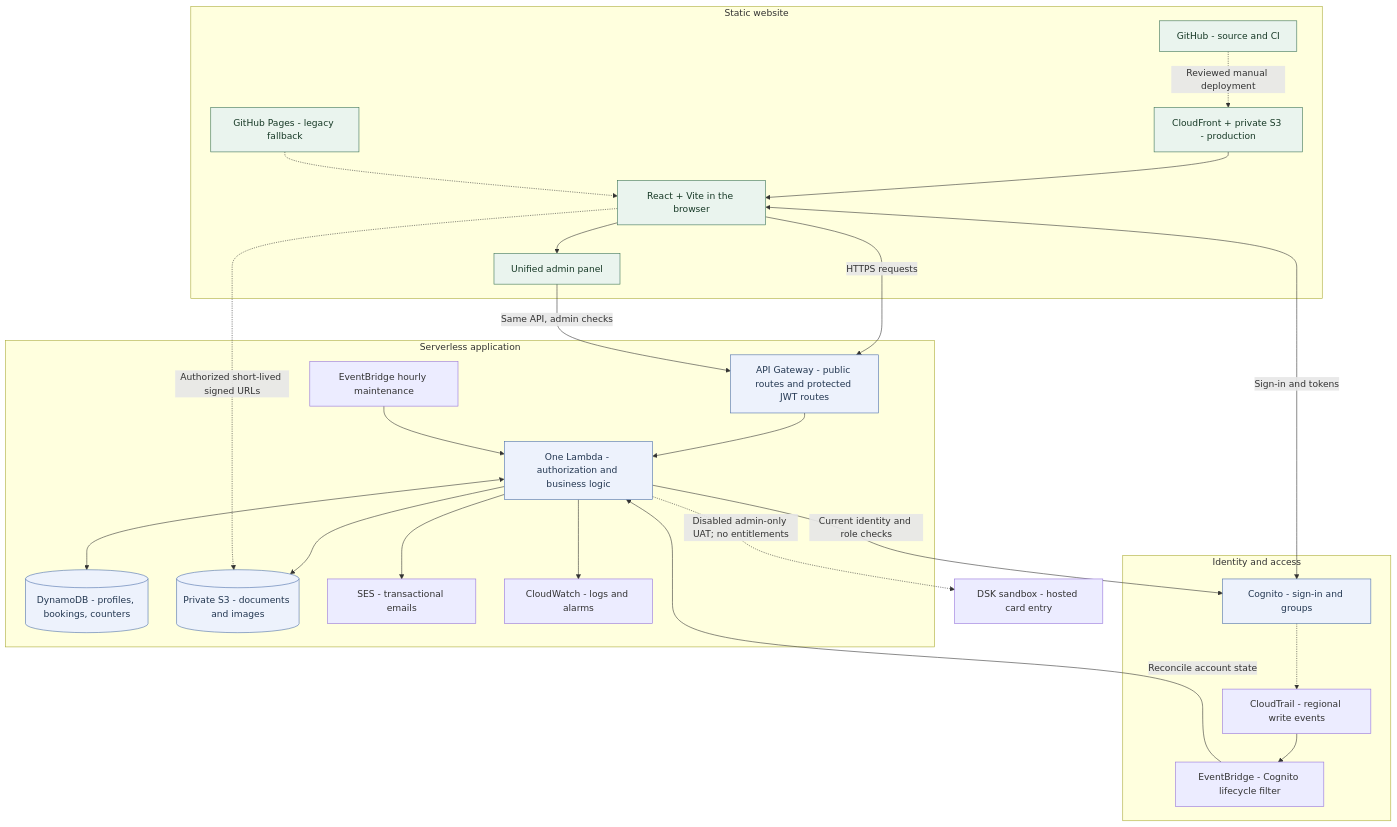
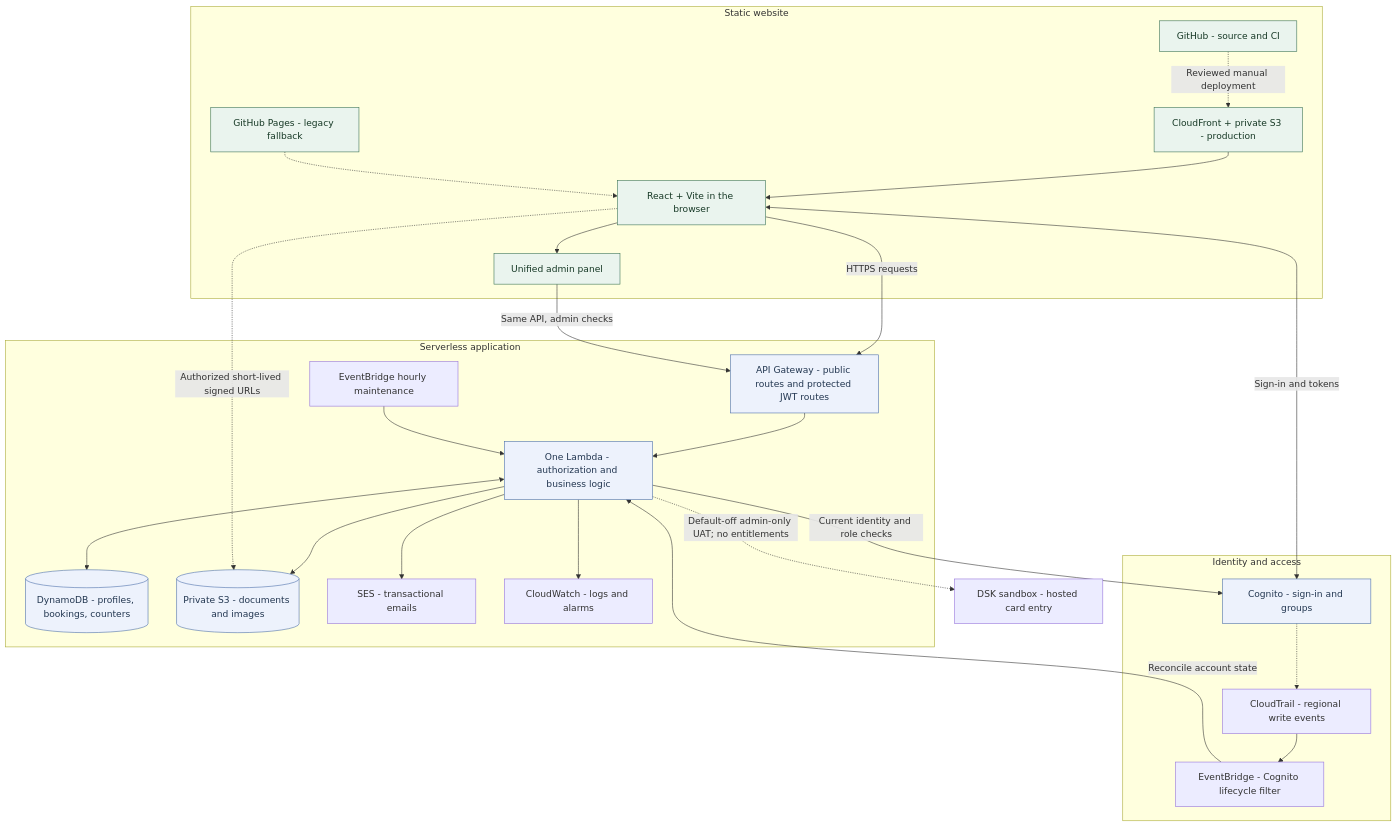
One commit to Bobsnadenica/growpoint.bg changed the diagram in README.md. Above: the diagram before and after it, drawn with Mermaid. The commit also changed other lines of this file and 4 other files, not shown here.

Commit message:
Record completed website DSK sandbox verification and credential remediation

````diff
--- a/README.md
+++ b/README.md
@@ -59,41 +59,41 @@
 ```mermaid
 flowchart TB
   subgraph Web[Static website]
     GH[GitHub - source and CI] -.->|Reviewed manual deployment| CF[CloudFront + private S3 - production]
     CF --> SPA[React + Vite in the browser]
     LEGACY[GitHub Pages - legacy fallback] -.-> SPA
     SPA --> ADMIN[Unified admin panel]
   end
   subgraph Identity[Identity and access]
     C[Cognito - sign-in and groups]
     CT[CloudTrail - regional write events]
     EV[EventBridge - Cognito lifecycle filter]
     C -.-> CT --> EV
   end
   subgraph Backend[Serverless application]
     API[API Gateway - public routes and protected JWT routes]
     L[One Lambda - authorization and business logic]
     D[(DynamoDB - profiles, bookings, counters)]
     S[(Private S3 - documents and images)]
     E[SES - transactional emails]
     JOB[EventBridge hourly maintenance]
     CW[CloudWatch - logs and alarms]
     API --> L
     L <--> D
     L --> S
     L --> E
     L --> CW
     JOB --> L
   end
   SPA <-->|Sign-in and tokens| C
   SPA -->|HTTPS requests| API
   ADMIN -->|Same API, admin checks| API
   L -->|Current identity and role checks| C
   EV -->|Reconcile account state| L
   SPA -.->|Authorized short-lived signed URLs| S
-  L -.->|Disabled admin-only UAT; no entitlements| BANK[DSK sandbox - hosted card entry]
+  L -.->|Default-off admin-only UAT; no entitlements| BANK[DSK sandbox - hosted card entry]
   classDef static fill:#eaf4ee,stroke:#387052,color:#173926
   classDef secure fill:#edf2fc,stroke:#496ca8,color:#233751
   class SPA,GH,CF,LEGACY,ADMIN static
   class C,API,L,D,S secure
 ```
````
